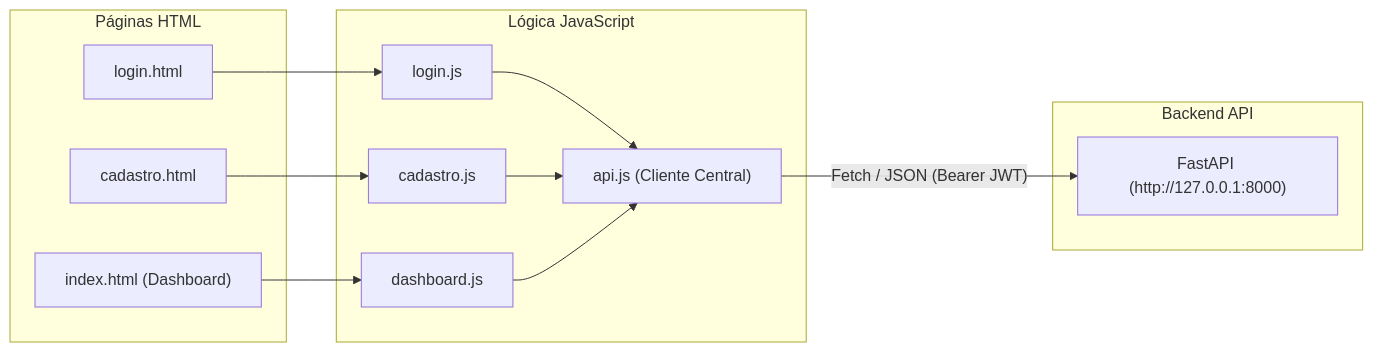
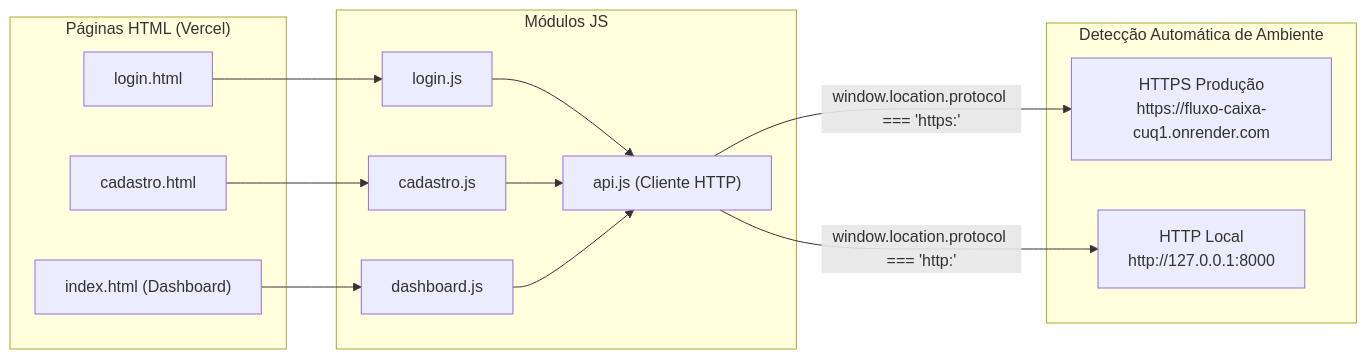
Before and after one commit to amorimfps1/fluxo_caixa_campos: the diagram in frontend/README.md, drawn with Mermaid. The commit also changed other lines of this file and 12 other files, not shown here.

````diff
--- a/frontend/README.md
+++ b/frontend/README.md
@@ -9,29 +11,27 @@
 ```mermaid
 flowchart LR
-    subgraph UI ["Páginas HTML"]
+    subgraph Pages ["Páginas HTML (Vercel)"]
         L["login.html"]
         C["cadastro.html"]
         D["index.html (Dashboard)"]
     end
 
-    subgraph Scripts ["Lógica JavaScript"]
+    subgraph Controllers ["Módulos JS"]
         LJ["login.js"]
         CJ["cadastro.js"]
         DJ["dashboard.js"]
-        API["api.js (Cliente Central)"]
+        API["api.js (Cliente HTTP)"]
     end
 
-    subgraph Backend ["Backend API"]
-        FASTAPI["FastAPI (http://127.0.0.1:8000)"]
+    subgraph Targets ["Detecção Automática de Ambiente"]
+        PROD["HTTPS Produção<br/>https://fluxo-caixa-cuq1.onrender.com"]
+        DEV["HTTP Local<br/>http://127.0.0.1:8000"]
     end
 
-    L --> LJ
-    C --> CJ
-    D --> DJ
+    L --> LJ --> API
+    C --> CJ --> API
+    D --> DJ --> API
 
-    LJ --> API
-    CJ --> API
-    DJ --> API
-
-    API -->|"Fetch / JSON (Bearer JWT)"| FASTAPI
+    API -->|"window.location.protocol === 'https:'"| PROD
+    API -->|"window.location.protocol === 'http:'"| DEV
 ```
````
